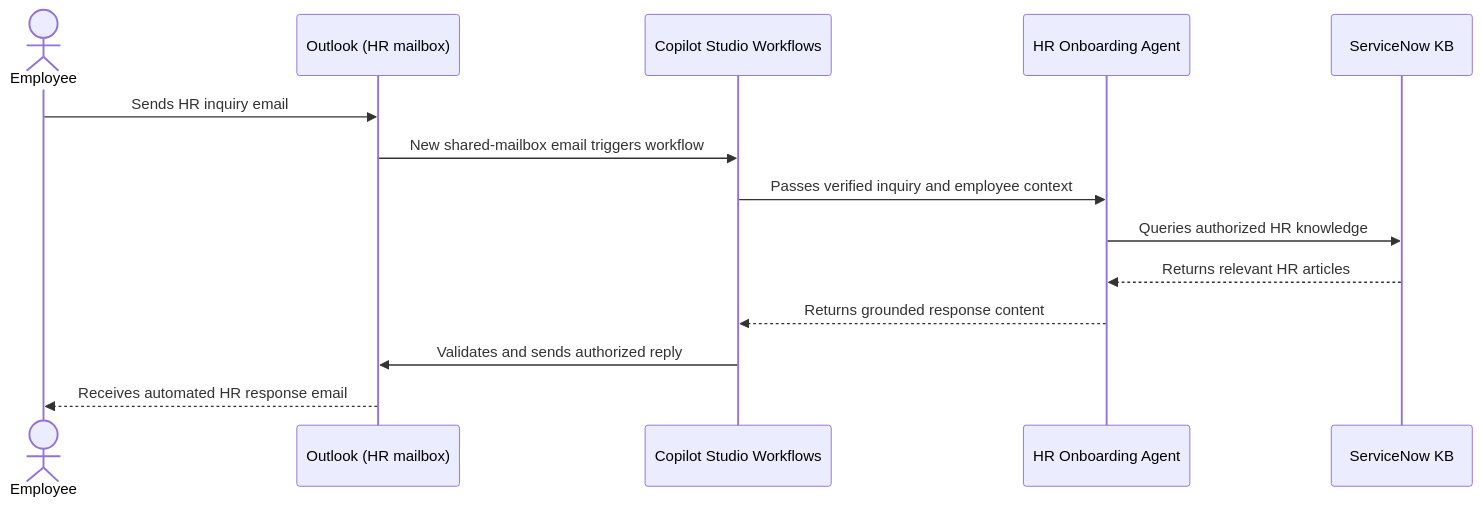
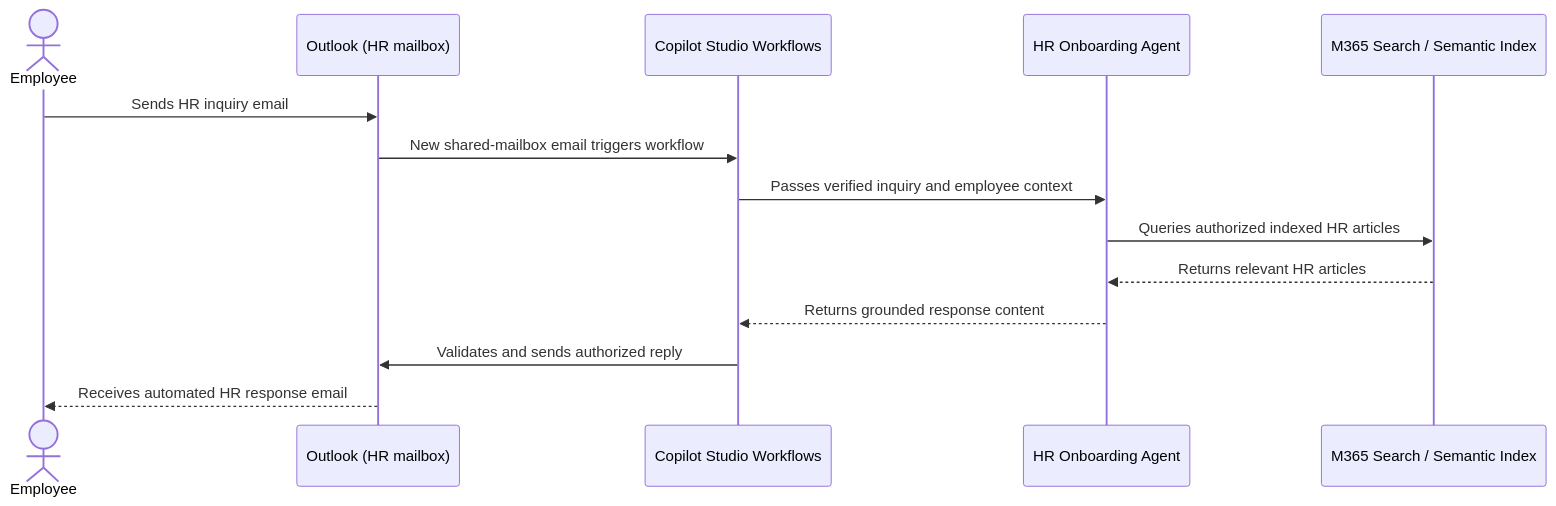
One commit to petepuu/ai-agent-runbooks changed the third of 3 diagrams in 01-scenarios/HR-Onboarding-Agent-GHCP/2.Architecture.md. Above: the diagram before and after it, drawn with Mermaid. The commit also changed other lines of this file and 3 other files, not shown here.

First line of the commit message:
Simplify HR architecture and clarify indexed knowledge retrieval

````diff
--- a/01-scenarios/HR-Onboarding-Agent-GHCP/2.Architecture.md
+++ b/01-scenarios/HR-Onboarding-Agent-GHCP/2.Architecture.md
@@ -133,16 +129,16 @@
 ```mermaid
 sequenceDiagram
     actor Employee
     participant Mail as Outlook (HR mailbox)
     participant Flow as Copilot Studio Workflows
     participant Agent as HR Onboarding Agent
-    participant KB as ServiceNow KB
+    participant KB as M365 Search / Semantic Index
     Employee->>Mail: Sends HR inquiry email
     Mail->>Flow: New shared-mailbox email triggers workflow
     Flow->>Agent: Passes verified inquiry and employee context
-    Agent->>KB: Queries authorized HR knowledge
+    Agent->>KB: Queries authorized indexed HR articles
     KB-->>Agent: Returns relevant HR articles
     Agent-->>Flow: Returns grounded response content
     Flow->>Mail: Validates and sends authorized reply
     Mail-->>Employee: Receives automated HR response email
 ```
````
